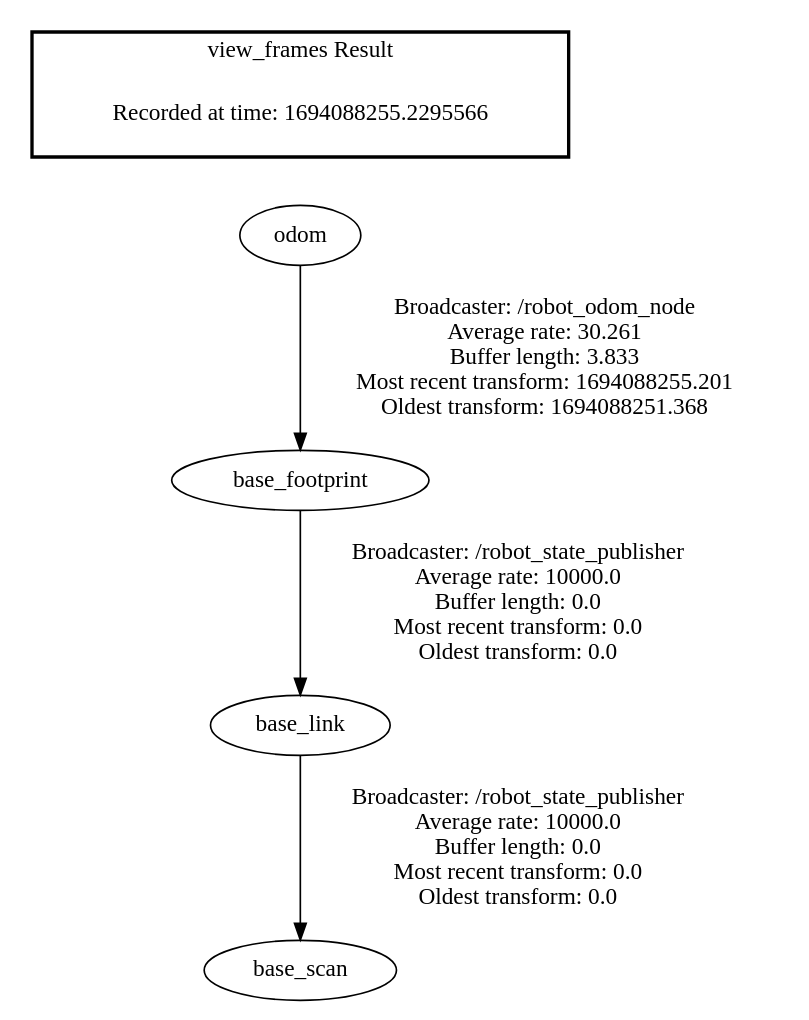
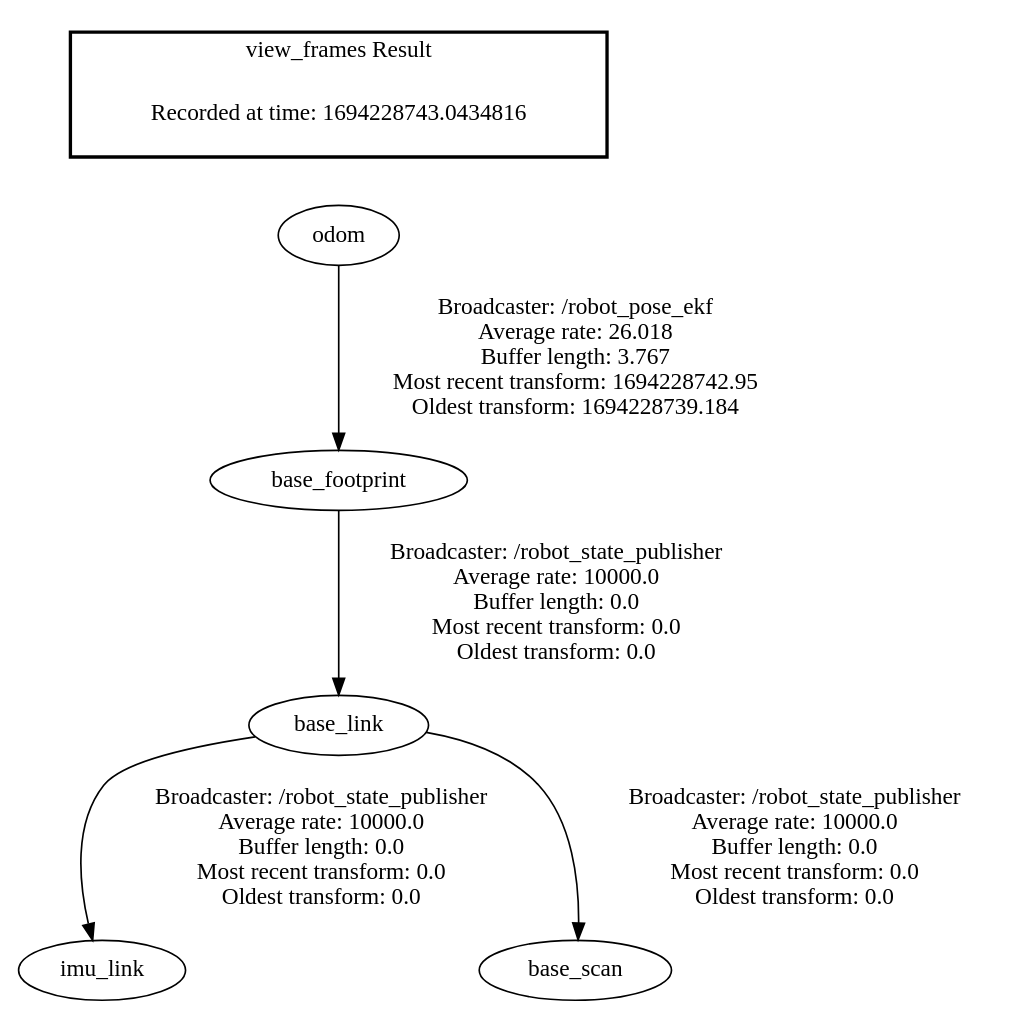
Before and after one commit to aims-lab-kmitl/pungyen: the diagram in frame/frames.gv, drawn with Graphviz. The commit also changed 17 other files, not shown here.

```diff
--- a/frame/frames.gv
+++ b/frame/frames.gv
@@ -1,9 +1,10 @@
 digraph G {
-"odom" -> "base_footprint"[label=" Broadcaster: /robot_odom_node\nAverage rate: 30.261\nBuffer length: 3.833\nMost recent transform: 1694088255.201\nOldest transform: 1694088251.368\n"];
+"odom" -> "base_footprint"[label=" Broadcaster: /robot_pose_ekf\nAverage rate: 26.018\nBuffer length: 3.767\nMost recent transform: 1694228742.95\nOldest transform: 1694228739.184\n"];
 "base_footprint" -> "base_link"[label=" Broadcaster: /robot_state_publisher\nAverage rate: 10000.0\nBuffer length: 0.0\nMost recent transform: 0.0\nOldest transform: 0.0\n"];
+"base_link" -> "imu_link"[label=" Broadcaster: /robot_state_publisher\nAverage rate: 10000.0\nBuffer length: 0.0\nMost recent transform: 0.0\nOldest transform: 0.0\n"];
 "base_link" -> "base_scan"[label=" Broadcaster: /robot_state_publisher\nAverage rate: 10000.0\nBuffer length: 0.0\nMost recent transform: 0.0\nOldest transform: 0.0\n"];
 edge [style=invis];
  subgraph cluster_legend { style=bold; color=black; label ="view_frames Result";
-"Recorded at time: 1694088255.2295566"[ shape=plaintext ] ;
+"Recorded at time: 1694228743.0434816"[ shape=plaintext ] ;
 }->"odom";
 }
```
